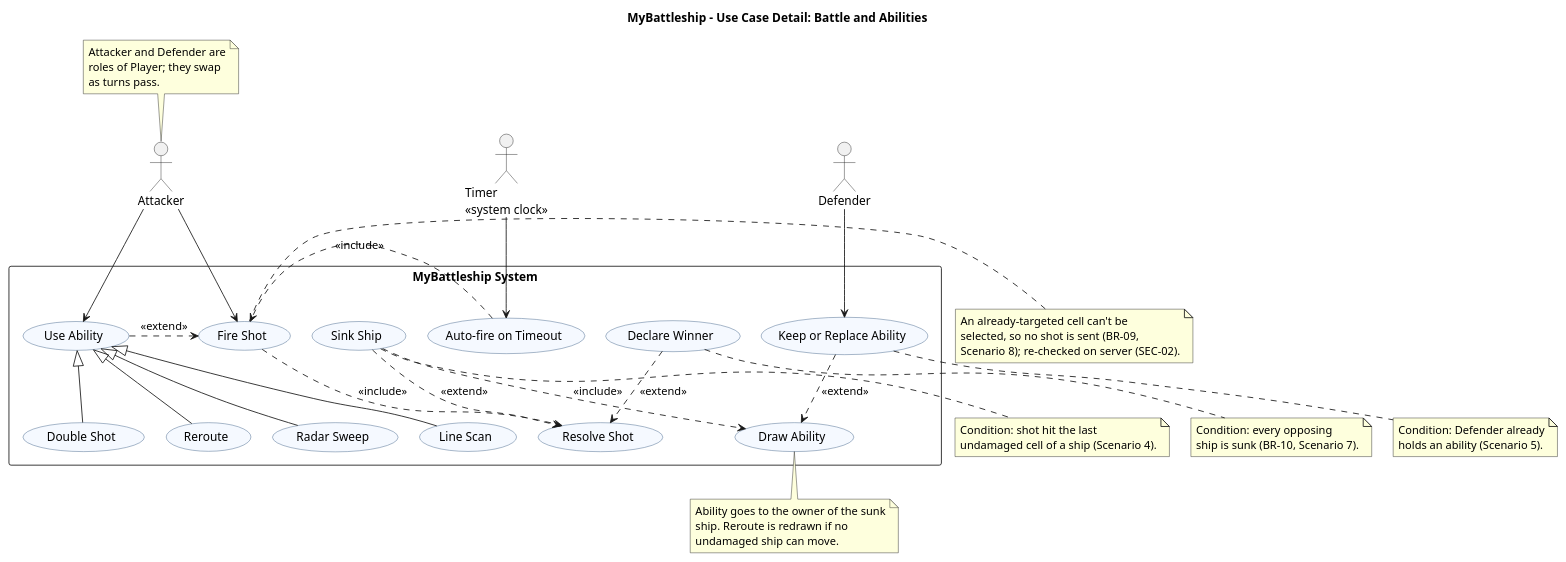
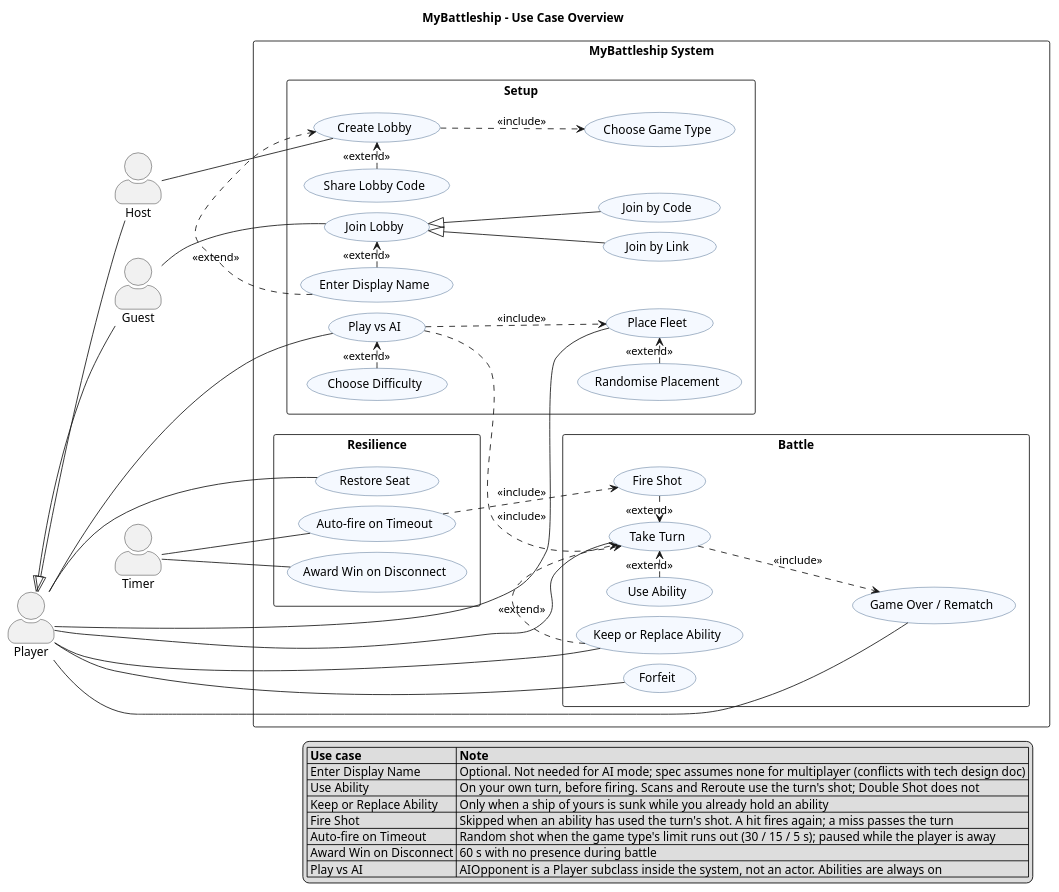
The diagram in docs/uml/use-case-battle.puml (queeeety/battleship-online), drawn with PlantUML before and after one commit. The commit also changed 1 other file, not shown here.

Commit message:
Fixing use-case-diagrams

```diff
--- a/docs/uml/use-case-battle.puml
+++ b/docs/uml/use-case-battle.puml
@@ -1,83 +1,100 @@
-@startuml MyBattleship_UseCase_Battle
-title MyBattleship - Use Case Detail: Battle and Abilities
+@startuml MyBattleship_UseCase_Overview
+title MyBattleship - Use Case Overview
 
+left to right direction
 skinparam packageStyle rectangle
-skinparam nodesep 25
-skinparam ranksep 45
+skinparam nodesep 12
+skinparam ranksep 70
+skinparam shadowing false
 skinparam usecase {
   BackgroundColor #F5F9FF
   BorderColor #33567F
 }
+skinparam actorStyle awesome
 
-actor Attacker
-actor "Timer\n<<system clock>>" as Timer
-actor Defender
+actor Player
+actor Host
+actor Guest
+actor Timer
+
+Player <|-- Host
+Player <|-- Guest
 
 rectangle "MyBattleship System" {
-  usecase "Use Ability" as UC_Ability
-  usecase "Fire Shot" as UC_Fire
-  usecase "Auto-fire on Timeout" as UC_Auto
-  usecase "Resolve Shot" as UC_Resolve
-  usecase "Sink Ship" as UC_Sink
-  usecase "Declare Winner" as UC_Win
-  usecase "Draw Ability" as UC_Draw
-  usecase "Keep or Replace Ability" as UC_Keep
 
-  usecase "Radar Sweep" as UC_Radar
-  usecase "Line Scan" as UC_Line
-  usecase "Double Shot" as UC_Double
-  usecase "Reroute" as UC_Reroute
+  package "Setup" {
+    usecase "Play vs AI" as UC_AI
+    usecase "Choose Difficulty" as UC_Diff
+    usecase "Create Lobby" as UC_Create
+    usecase "Choose Game Type" as UC_Type
+    usecase "Share Lobby Code" as UC_Share
+    usecase "Join Lobby" as UC_Join
+    usecase "Join by Code" as UC_JoinCode
+    usecase "Join by Link" as UC_JoinLink
+    usecase "Enter Display Name" as UC_Name
+    usecase "Place Fleet" as UC_Place
+    usecase "Randomise Placement" as UC_Rand
+  }
+
+  package "Battle" {
+    usecase "Take Turn" as UC_Turn
+    usecase "Fire Shot" as UC_Fire
+    usecase "Use Ability" as UC_Ability
+    usecase "Keep or Replace Ability" as UC_Keep
+    usecase "Forfeit" as UC_Forfeit
+    usecase "Game Over / Rematch" as UC_Result
+  }
+
+  package "Resilience" {
+    usecase "Restore Seat" as UC_Restore
+    usecase "Auto-fire on Timeout" as UC_Auto
+    usecase "Award Win on Disconnect" as UC_DC
+  }
 }
 
-Attacker --> UC_Fire
-Attacker --> UC_Ability
-Timer --> UC_Auto
-Defender --> UC_Keep
+' ---------- Actor associations ----------
+Player -- UC_AI
+Player -- UC_Place
+Player -- UC_Turn
+Player -- UC_Keep
+Player -- UC_Forfeit
+Player -- UC_Result
+Player -- UC_Restore
+Host -- UC_Create
+Guest -- UC_Join
+Timer -- UC_Auto
+Timer -- UC_DC
 
-UC_Ability .> UC_Fire : <<extend>>
-UC_Auto .> UC_Fire : <<include>>
-UC_Fire ..> UC_Resolve : <<include>>
-UC_Sink ..> UC_Resolve : <<extend>>
-UC_Win ..> UC_Resolve : <<extend>>
-UC_Sink ..> UC_Draw : <<include>>
-UC_Keep ..> UC_Draw : <<extend>>
+' ---------- Include ----------
+UC_AI ..> UC_Place : <<include>>
+UC_AI ..> UC_Turn : <<include>>
+UC_Create ..> UC_Type : <<include>>
+UC_Turn ..> UC_Result : <<include>>
+UC_Auto ..> UC_Fire : <<include>>
 
-UC_Ability <|-- UC_Radar
-UC_Ability <|-- UC_Line
-UC_Ability <|-- UC_Double
-UC_Ability <|-- UC_Reroute
+' ---------- Extend ----------
+UC_Diff .> UC_AI : <<extend>>
+UC_Share .> UC_Create : <<extend>>
+UC_Name .> UC_Create : <<extend>>
+UC_Name .> UC_Join : <<extend>>
+UC_Rand .> UC_Place : <<extend>>
+UC_Fire .> UC_Turn : <<extend>>
+UC_Ability .> UC_Turn : <<extend>>
+UC_Keep .> UC_Turn : <<extend>>
 
-note top of Attacker
-  Attacker and Defender are
-  roles of Player; they swap
-  as turns pass.
-end note
+' ---------- Generalisation ----------
+UC_Join <|-- UC_JoinCode
+UC_Join <|-- UC_JoinLink
 
-note bottom of UC_Sink
-  Condition: shot hit the last
-  undamaged cell of a ship (Scenario 4).
-end note
-
-note bottom of UC_Draw
-  Ability goes to the owner of the sunk
-  ship. Reroute is redrawn if no
-  undamaged ship can move.
-end note
-
-note bottom of UC_Keep
-  Condition: Defender already
-  holds an ability (Scenario 5).
-end note
-
-note bottom of UC_Win
-  Condition: every opposing
-  ship is sunk (BR-10, Scenario 7).
-end note
-
-note right of UC_Fire
-  An already-targeted cell can't be
-  selected, so no shot is sent (BR-09,
-  Scenario 8); re-checked on server (SEC-02).
-end note
+legend right
+  |= Use case |= Note |
+  | Enter Display Name | Optional. Not needed for AI mode; spec assumes none for multiplayer (conflicts with tech design doc) |
+  | Use Ability | On your own turn, before firing. Scans and Reroute use the turn's shot; Double Shot does not |
+  | Keep or Replace Ability | Only when a ship of yours is sunk while you already hold an ability |
+  | Fire Shot | Skipped when an ability has used the turn's shot. A hit fires again; a miss passes the turn |
+  | Auto-fire on Timeout | Random shot when the game type's limit runs out (30 / 15 / 5 s); paused while the player is away |
+  | Award Win on Disconnect | 60 s with no presence during battle |
+  | Play vs AI | AIOpponent is a Player subclass inside the system, not an actor. Abilities are always on |
+endlegend
 
 @enduml
```
